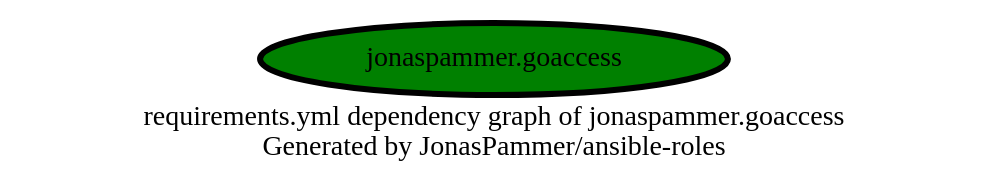
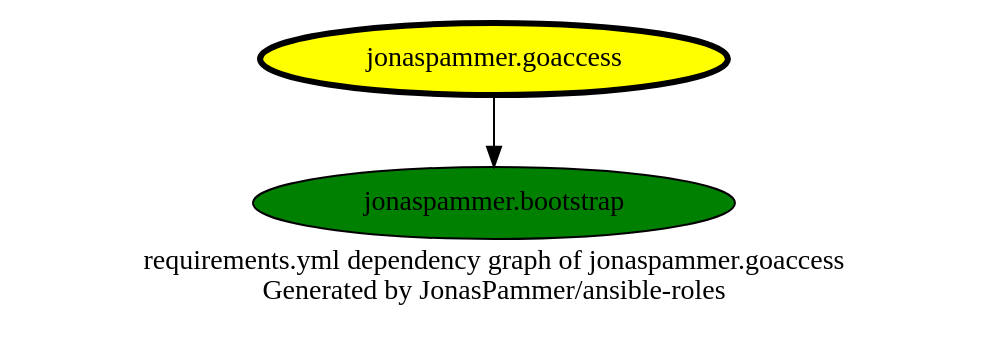
The diagram in graphs/dependencies_goaccess.dot (JonasPammer/ansible-roles), drawn with Graphviz before and after one commit. The commit also changed 6 other files, not shown here.

```diff
--- a/graphs/dependencies_goaccess.dot
+++ b/graphs/dependencies_goaccess.dot
@@ -1,10 +1,12 @@
 digraph hierarchy {
   label = "requirements.yml dependency graph of jonaspammer.goaccess \n Generated by JonasPammer/ansible-roles" ;
   overlap=false
 
   {
-    "jonaspammer.goaccess" [fillcolor=green style=filled penwidth=3]
+    "jonaspammer.goaccess" [fillcolor=yellow style=filled penwidth=3]
+    "jonaspammer.bootstrap" [fillcolor=green style=filled ]
   }
 
 
+  "jonaspammer.goaccess" -> {"jonaspammer.bootstrap"}
 }
```
